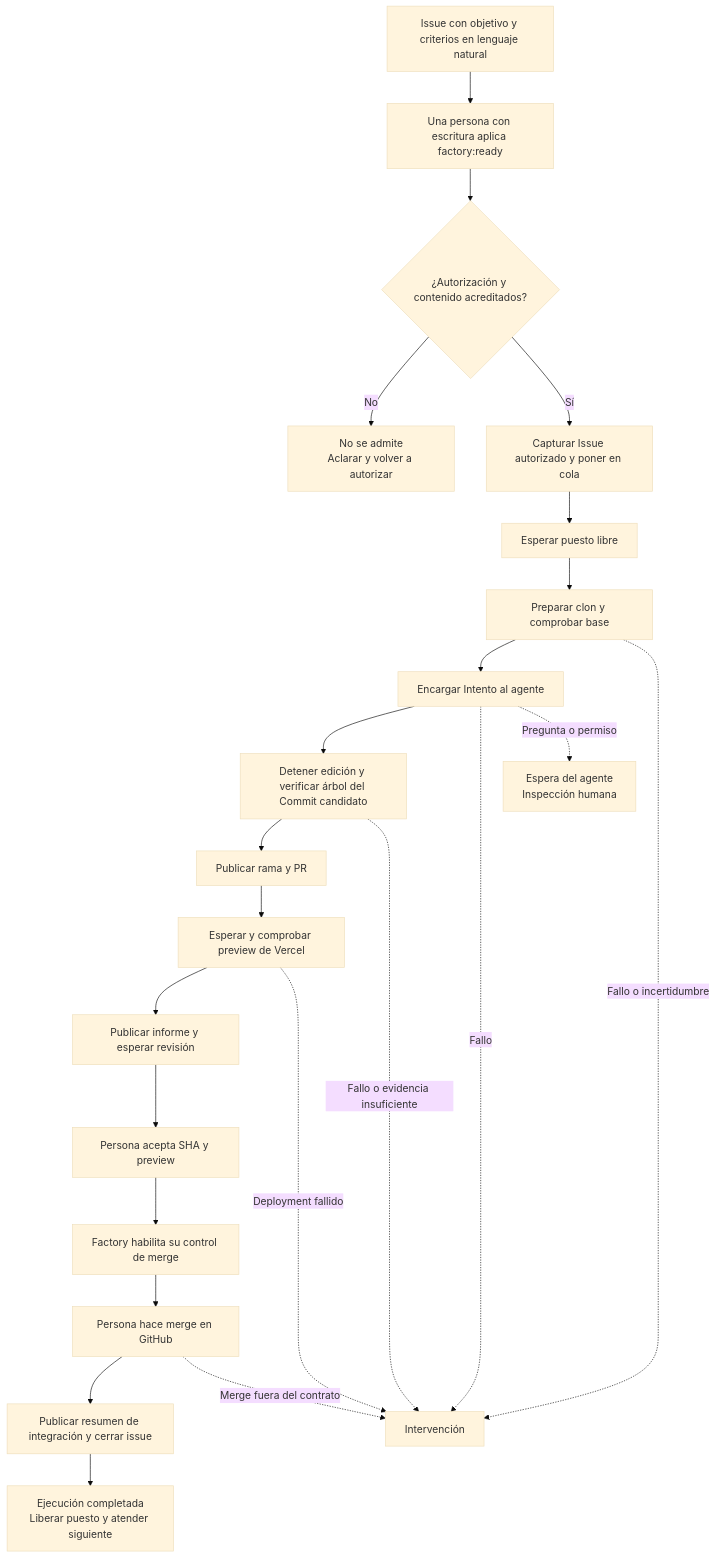
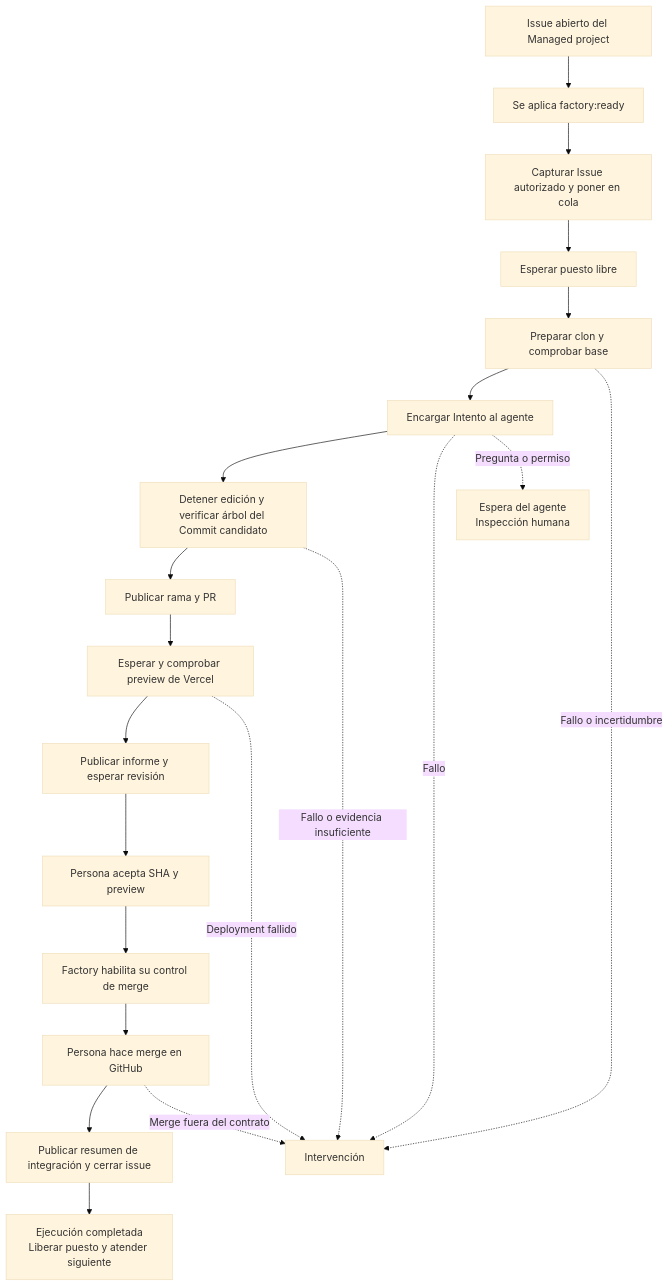
The second of 3 diagrams in docs/manual/01-mapa.md (rubenbp/app-foundry), drawn with Mermaid (base theme) before and after one commit. The commit also changed other lines of this file and 31 other files, not shown here.

Commit message:
Simplify issue admission to factory:ready

````diff
--- a/docs/manual/01-mapa.md
+++ b/docs/manual/01-mapa.md
@@ -52,25 +52,23 @@
 ```mermaid
 flowchart TD
-    I["Issue con objetivo y criterios en lenguaje natural"] --> A["Una persona con escritura aplica factory:ready"]
-    A --> D{"¿Autorización y contenido acreditados?"}
-    D -->|"No"| N["No se admite<br/>Aclarar y volver a autorizar"]
-    D -->|"Sí"| Q["Capturar Issue autorizado y poner en cola"]
+    I["Issue abierto del Managed project"] --> A["Se aplica factory:ready"]
+    A --> Q["Capturar Issue autorizado y poner en cola"]
     Q --> W["Esperar puesto libre"]
     W --> B["Preparar clon y comprobar base"]
     B --> O["Encargar Intento al agente"]
     O --> T["Detener edición y verificar árbol del Commit candidato"]
     T --> R["Publicar rama y PR"]
     R --> V["Esperar y comprobar preview de Vercel"]
     V --> E["Publicar informe y esperar revisión"]
     E --> H["Persona acepta SHA y preview"]
     H --> G["Factory habilita su control de merge"]
     G --> M["Persona hace merge en GitHub"]
     M --> C["Publicar resumen de integración y cerrar issue"]
     C --> F["Ejecución completada<br/>Liberar puesto y atender siguiente"]
     B -. "Fallo o incertidumbre" .-> X["Intervención"]
     O -. "Fallo" .-> X
     O -. "Pregunta o permiso" .-> Y["Espera del agente<br/>Inspección humana"]
     T -. "Fallo o evidencia insuficiente" .-> X
     V -. "Deployment fallido" .-> X
     M -. "Merge fuera del contrato" .-> X
 ```
````
